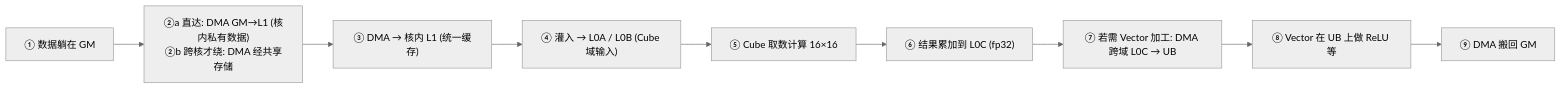
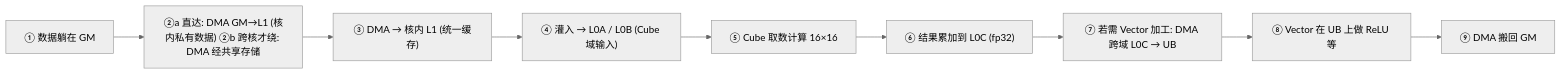
The second of 2 diagrams in docs/pages/hardware/02-storage-hierarchy.md (SuccinctPaul/Ascend-Notes), drawn with Mermaid (neutral theme) before and after one commit. The commit also changed other lines of this file and 8 other files, not shown here.

````diff
--- a/docs/pages/hardware/02-storage-hierarchy.md
+++ b/docs/pages/hardware/02-storage-hierarchy.md
@@ -162,13 +162,13 @@
 ```mermaid
 flowchart LR
     A1["① 数据躺在 GM"]
-    A2["②a 直达: DMA GM→L1 (核内私有数据)<br/>②b 跨核才绕: DMA 经共享存储"]
+    A2["②a 直达: DMA GM→L1 (核内私有数据) ②b 跨核才绕: DMA 经共享存储"]
     A3["③ DMA → 核内 L1 (统一缓存)"]
     A4["④ 灌入 → L0A / L0B (Cube 域输入)"]
     A5["⑤ Cube 取数计算 16×16"]
     A6["⑥ 结果累加到 L0C (fp32)"]
     A7["⑦ 若需 Vector 加工: DMA 跨域 L0C → UB"]
     A8["⑧ Vector 在 UB 上做 ReLU 等"]
     A9["⑨ DMA 搬回 GM"]
     A1 --> A2 --> A3 --> A4 --> A5 --> A6 --> A7 --> A8 --> A9
 ```
````
